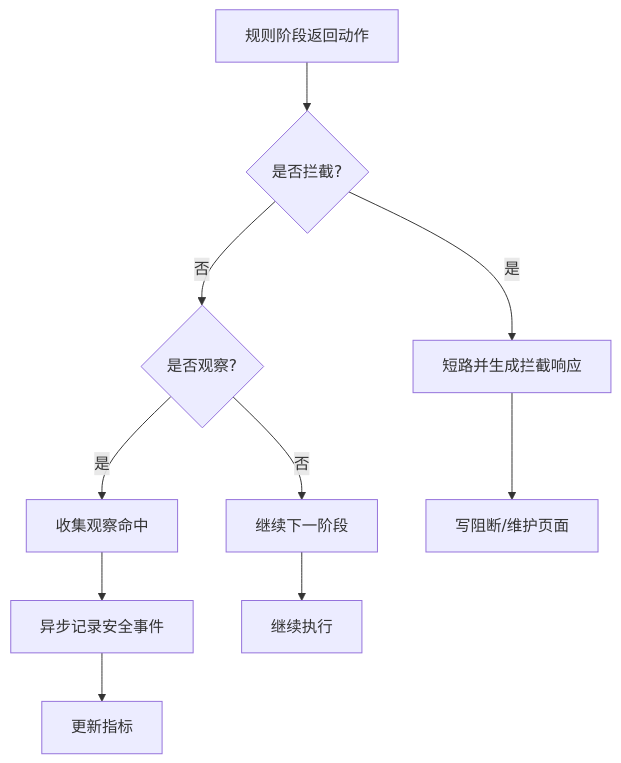
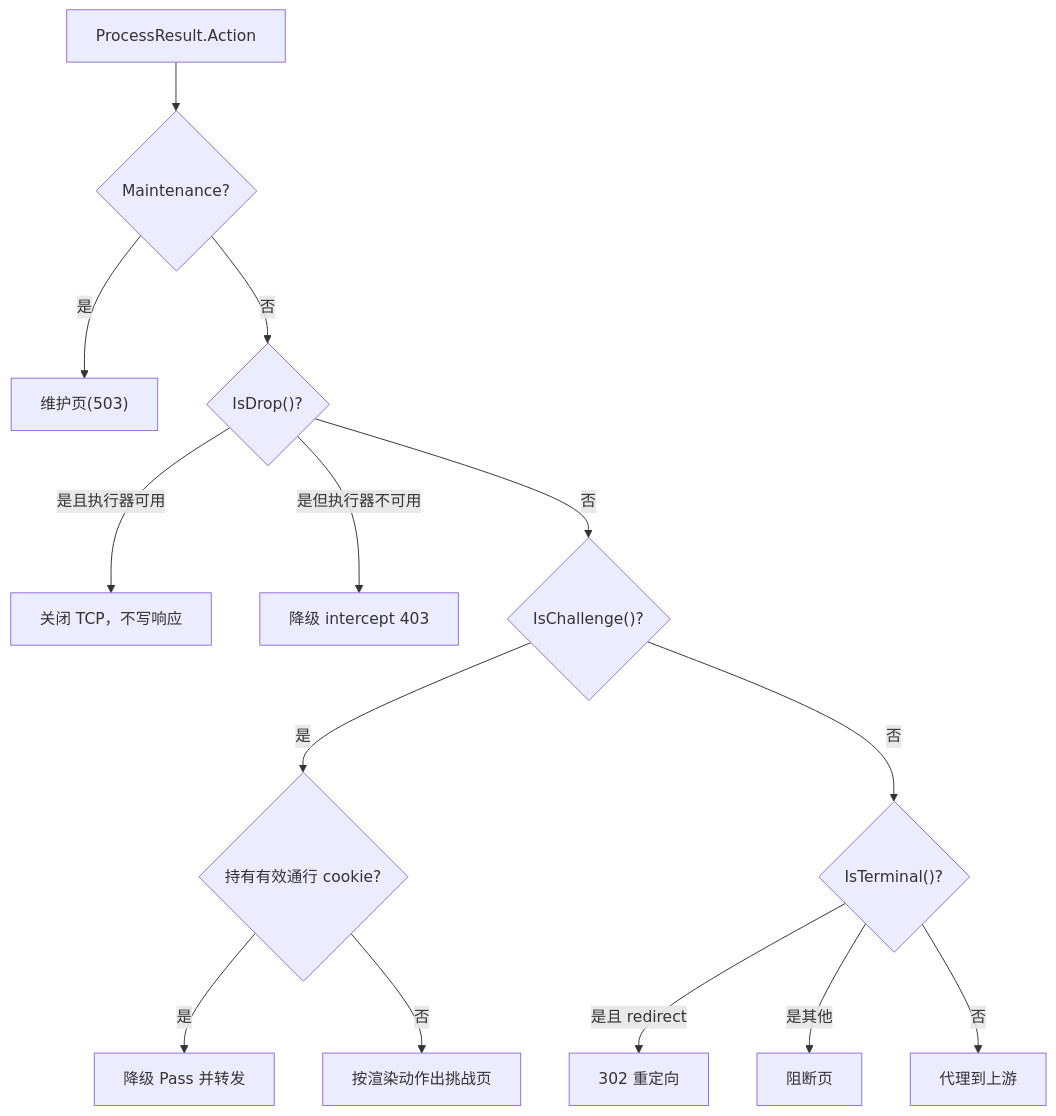
The fifth of 8 diagrams in docs/WAF 引擎系统/引擎核心架构/请求处理流程.md (x01n/My-OpenWaf), drawn with Mermaid before and after one commit. The commit also changed other lines of this file and 622 other files, not shown here.

````diff
--- a/docs/WAF 引擎系统/引擎核心架构/请求处理流程.md
+++ b/docs/WAF 引擎系统/引擎核心架构/请求处理流程.md
@@ -198,12 +298,16 @@
 ```mermaid
 flowchart TD
-A["规则阶段返回动作"] --> B{"是否拦截?"}
-B --> |是| C["短路并生成拦截响应"]
-B --> |否| D{"是否观察?"}
-D --> |是| E["收集观察命中"]
-D --> |否| F["继续下一阶段"]
-E --> G["异步记录安全事件"]
-G --> H["更新指标"]
-C --> I["写阻断/维护页面"]
-F --> J["继续执行"]
+A["ProcessResult.Action"] --> B{"Maintenance?"}
+B --> |是| M["维护页(503)"]
+B --> |否| C{"IsDrop()?"}
+C --> |是且执行器可用| D["关闭 TCP，不写响应"]
+C --> |是但执行器不可用| E["降级 intercept 403"]
+C --> |否| F{"IsChallenge()?"}
+F --> |是| G{"持有有效通行 cookie?"}
+G --> |是| H["降级 Pass 并转发"]
+G --> |否| I["按渲染动作出挑战页"]
+F --> |否| J{"IsTerminal()?"}
+J --> |是且 redirect| K["302 重定向"]
+J --> |是其他| L["阻断页"]
+J --> |否| N["代理到上游"]
 ```
````
